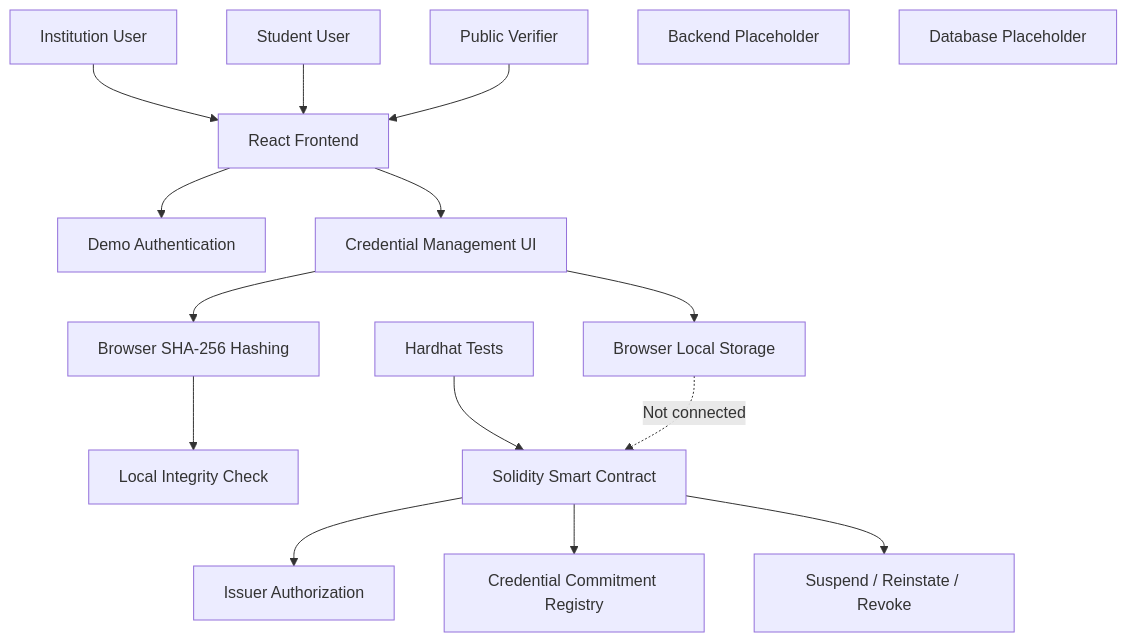
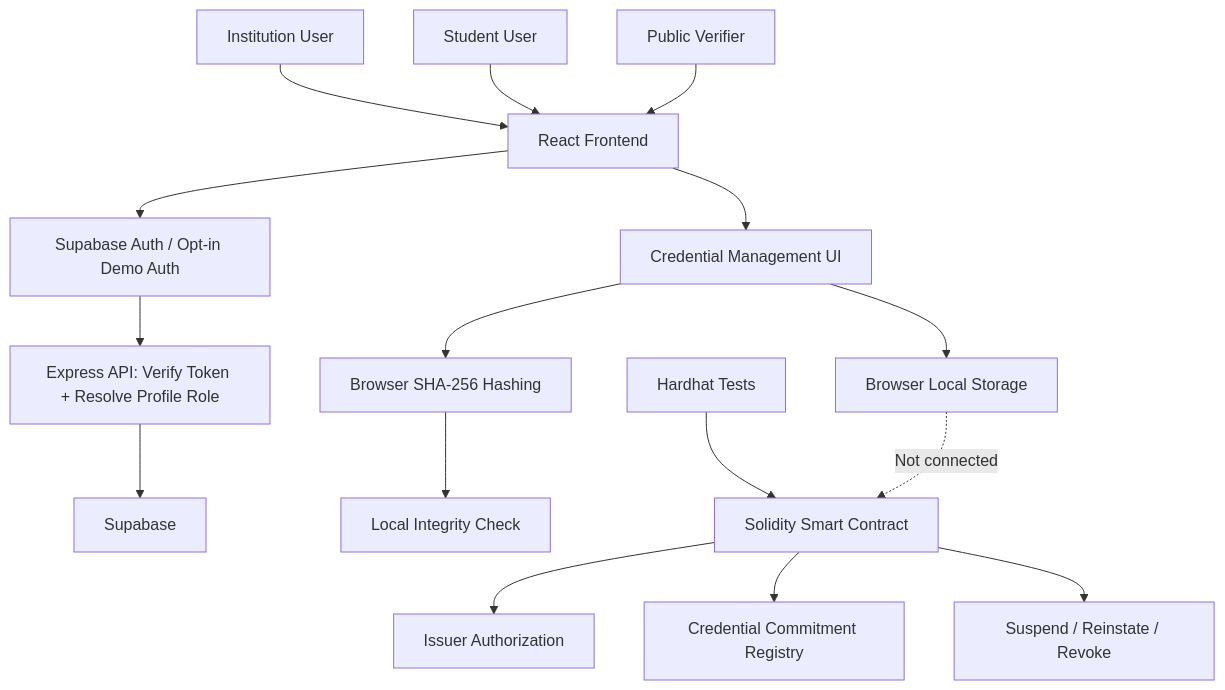
One commit to patilshrutika1803/EduChain changed the diagram in README.md. Above: the diagram before and after it, drawn with Mermaid. The commit also changed other lines of this file and 27 other files, not shown here.

Commit message:
feat: integrate Supabase authentication

````diff
--- a/README.md
+++ b/README.md
@@ -28,22 +30,22 @@
 ```mermaid
 flowchart TD
     I[Institution User] --> F[React Frontend]
     S[Student User] --> F
     V[Public Verifier] --> F
 
-    F --> A[Demo Authentication]
+    F --> A[Supabase Auth / Opt-in Demo Auth]
+    A --> B[Express API: Verify Token + Resolve Profile Role]
+    B --> D[Supabase]
     F --> C[Credential Management UI]
     C --> L[Browser Local Storage]
     C --> H[Browser SHA-256 Hashing]
     H --> Q[Local Integrity Check]
 
     J[Solidity Smart Contract] --> R[Issuer Authorization]
     J --> G[Credential Commitment Registry]
     J --> X[Suspend / Reinstate / Revoke]
     T[Hardhat Tests] --> J
 
     L -. "Not connected" .-> J
 
-    B[Backend Placeholder]
-    D[Database Placeholder]
 ```
````
